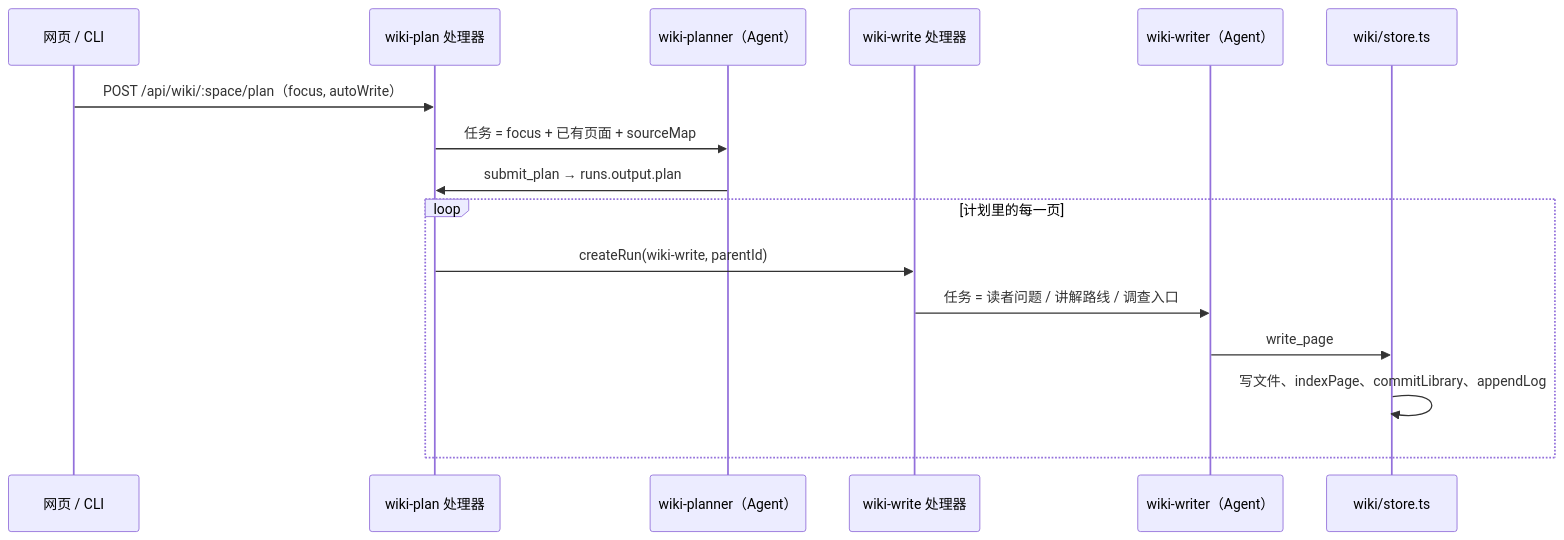
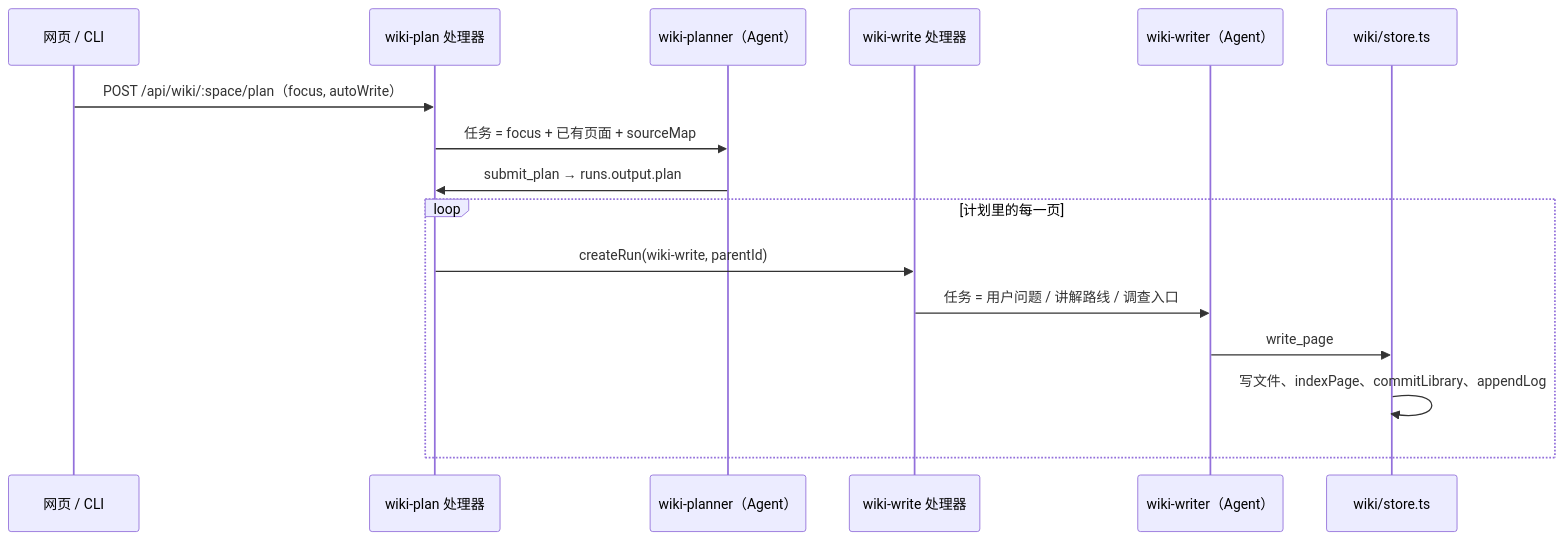
The diagram in .repo-review/wiki/flows/wiki-generation.md (lejunyang/omem), drawn with Mermaid before and after one commit. The commit also changed other lines of this file and 50 other files, not shown here.

````diff
--- a/.repo-review/wiki/flows/wiki-generation.md
+++ b/.repo-review/wiki/flows/wiki-generation.md
@@ -15,18 +15,18 @@
 ```mermaid
 sequenceDiagram
   participant UI as 网页 / CLI
   participant Plan as wiki-plan 处理器
   participant P as wiki-planner（Agent）
   participant W as wiki-write 处理器
   participant A as wiki-writer（Agent）
   participant S as wiki/store.ts
   UI->>Plan: POST /api/wiki/:space/plan（focus, autoWrite）
   Plan->>P: 任务 = focus + 已有页面 + sourceMap
   P->>Plan: submit_plan → runs.output.plan
   loop 计划里的每一页
     Plan->>W: createRun(wiki-write, parentId)
-    W->>A: 任务 = 读者问题 / 讲解路线 / 调查入口
+    W->>A: 任务 = 用户问题 / 讲解路线 / 调查入口
     A->>S: write_page
     S->>S: 写文件、indexPage、commitLibrary、appendLog
   end
 ```
````
